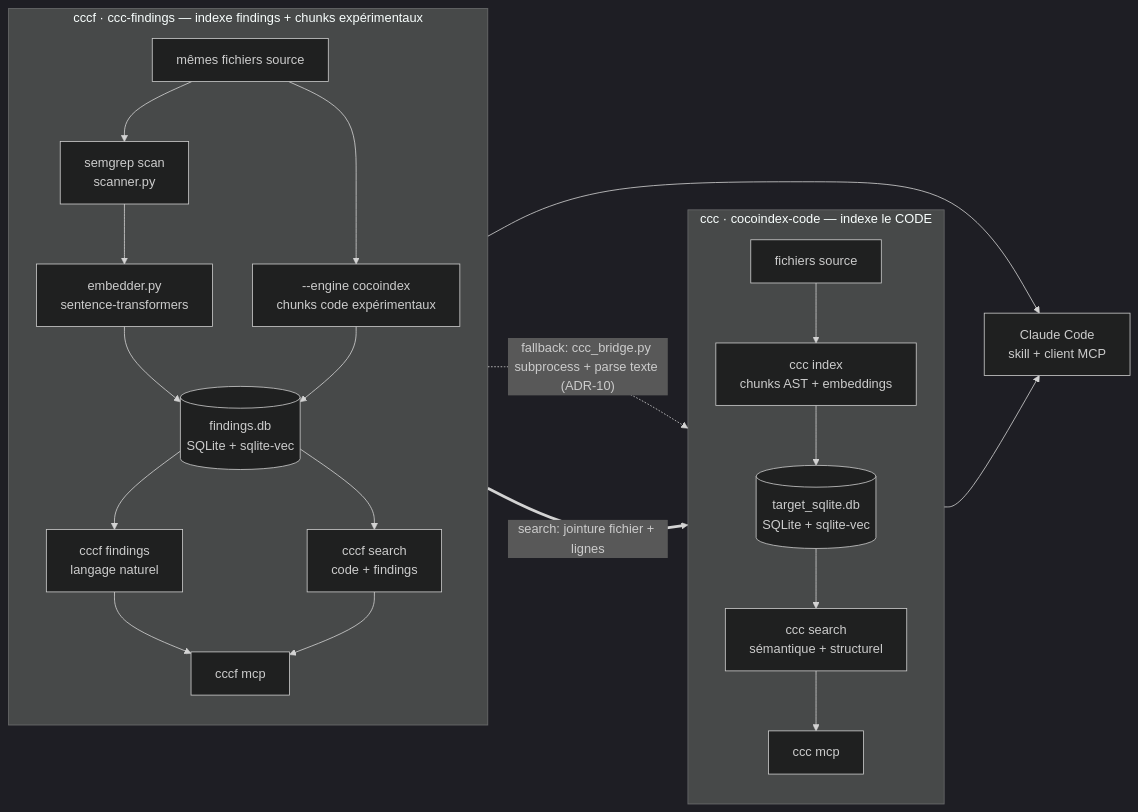
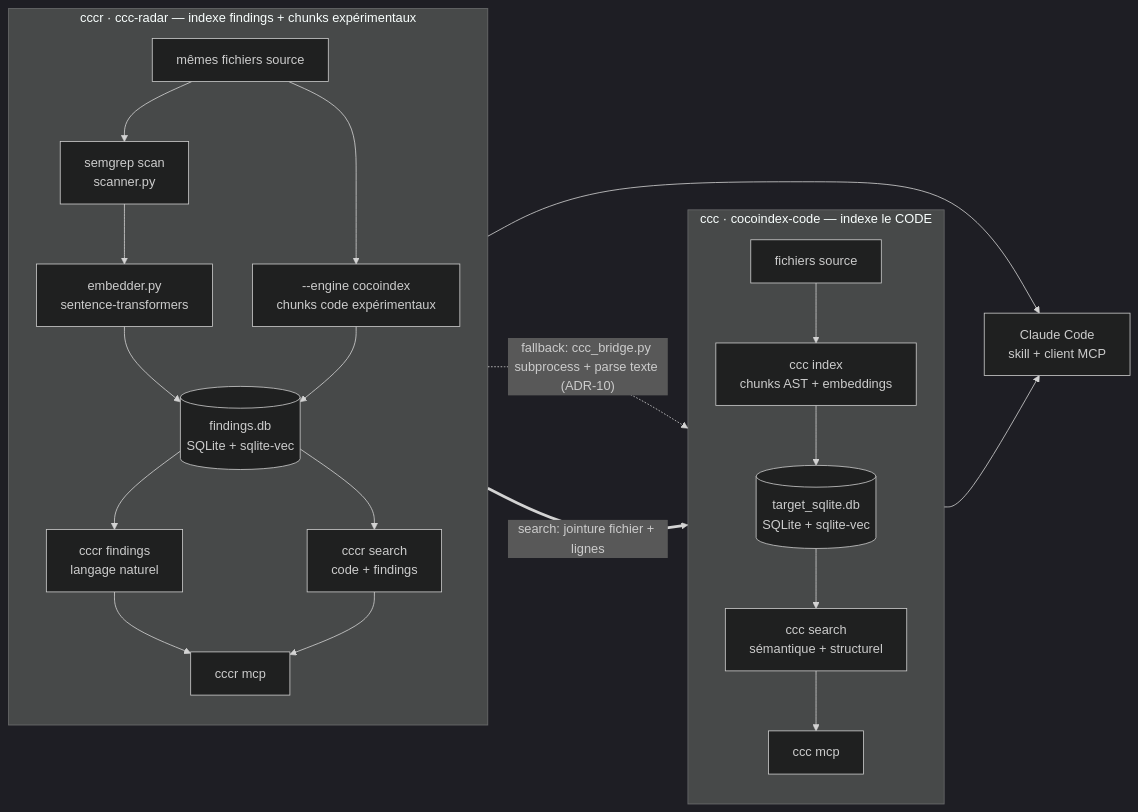
The diagram in README.md (elkouhen/ccc-findings), drawn with Mermaid (dark theme) before and after one commit. The commit also changed other lines of this file and 66 other files, not shown here.

Commit message:
Rename cccf to cccr

````diff
--- a/README.md
+++ b/README.md
@@ -20,39 +20,39 @@
 ```mermaid
 flowchart LR
     subgraph ccc["ccc · cocoindex-code — indexe le CODE"]
         direction TB
         CODE["fichiers source"] --> CIDX["ccc index
 chunks AST + embeddings"]
         CIDX --> CDB[("target_sqlite.db
 SQLite + sqlite-vec")]
         CDB --> CSEARCH["ccc search
 sémantique + structurel"]
         CSEARCH --> CMCP["ccc mcp"]
     end
 
-    subgraph cccf["cccf · ccc-findings — indexe findings + chunks expérimentaux"]
+    subgraph cccr["cccr · ccc-radar — indexe findings + chunks expérimentaux"]
         direction TB
         REPO["mêmes fichiers source"] --> SCAN["semgrep scan
 scanner.py"]
         SCAN --> EMB["embedder.py
 sentence-transformers"]
         EMB --> FDB[("findings.db
 SQLite + sqlite-vec")]
         REPO --> XCHUNKS["--engine cocoindex
 chunks code expérimentaux"]
         XCHUNKS --> FDB
-        FDB --> FFIND["cccf findings
+        FDB --> FFIND["cccr findings
 langage naturel"]
-        FDB --> FSEARCH["cccf search
+        FDB --> FSEARCH["cccr search
 code + findings"]
-        FFIND --> FMCP["cccf mcp"]
+        FFIND --> FMCP["cccr mcp"]
         FSEARCH --> FMCP
     end
 
     FSEARCH -. "fallback: ccc_bridge.py subprocess + parse texte (ADR-10)" .-> CSEARCH
     FMCP == "search: jointure fichier + lignes" ==> CMCP
 
     CMCP --> AGENT["Claude Code
 skill + client MCP"]
     FMCP --> AGENT
 ```
````
